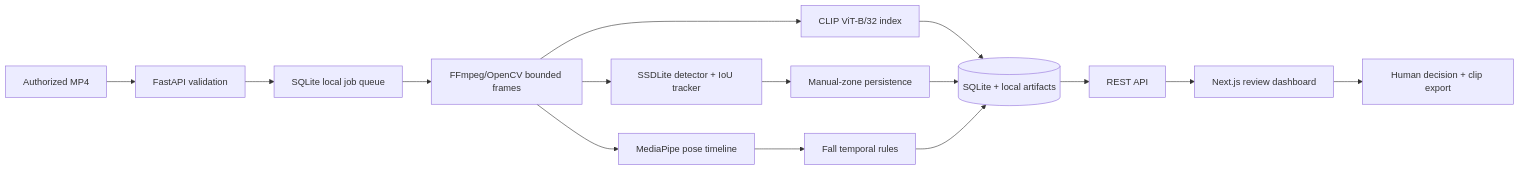
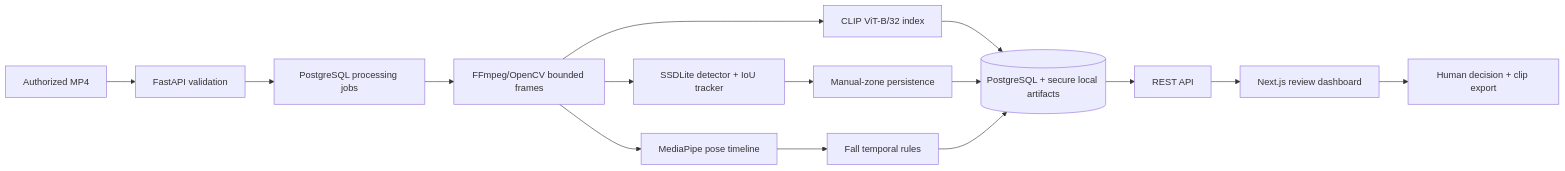
Before and after one commit to MDMinhajul-Islam/VisionGuard-AI: the diagram in README.md, drawn with Mermaid. The commit also changed other lines of this file and 18 other files, not shown here.

````diff
--- a/README.md
+++ b/README.md
@@ -33,15 +39,15 @@
 ```mermaid
 flowchart LR
   U[Authorized MP4] --> A[FastAPI validation]
-  A --> Q[SQLite local job queue]
+  A --> Q[PostgreSQL processing jobs]
   Q --> F[FFmpeg/OpenCV bounded frames]
   F --> C[CLIP ViT-B/32 index]
   F --> D[SSDLite detector + IoU tracker]
   F --> P[MediaPipe pose timeline]
   D --> Z[Manual-zone persistence]
   P --> R[Fall temporal rules]
-  C & Z & R --> S[(SQLite + local artifacts)]
+  C & Z & R --> S[(PostgreSQL + secure local artifacts)]
   S --> API[REST API]
   API --> N[Next.js review dashboard]
   N --> E[Human decision + clip export]
 ```
````
